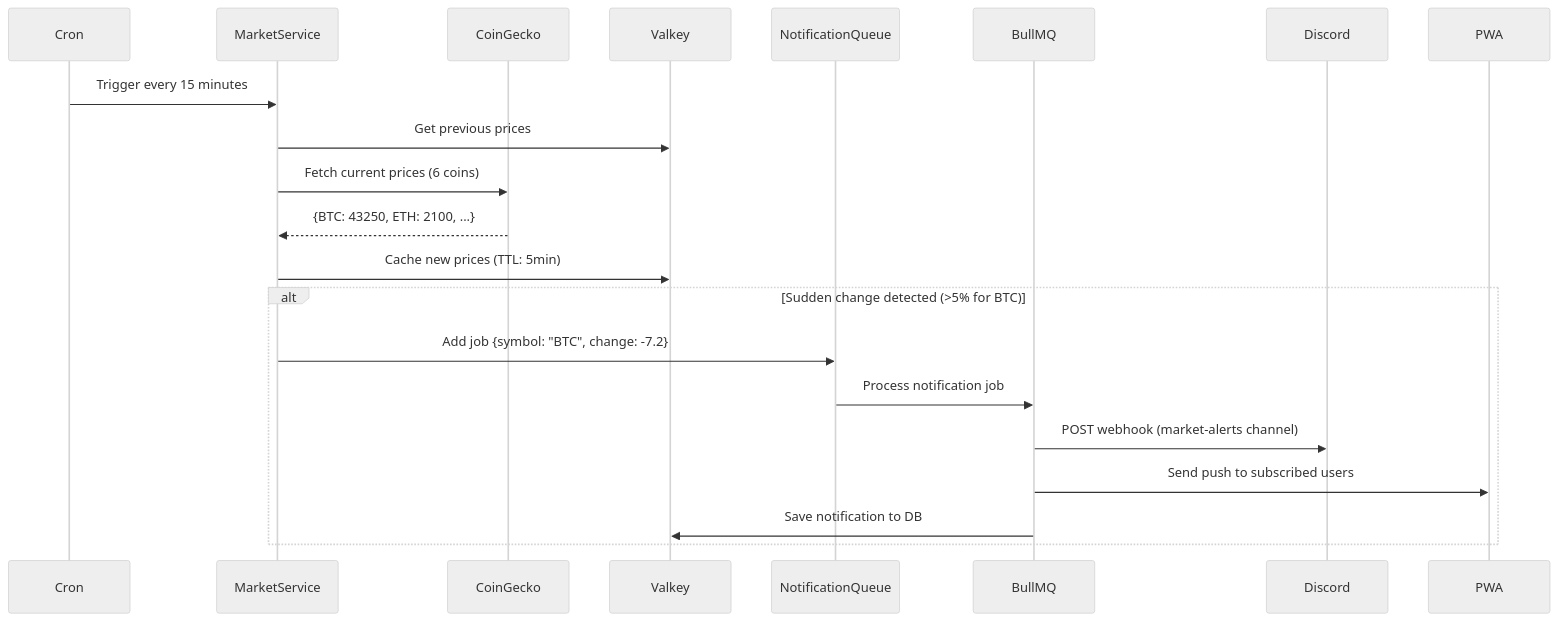
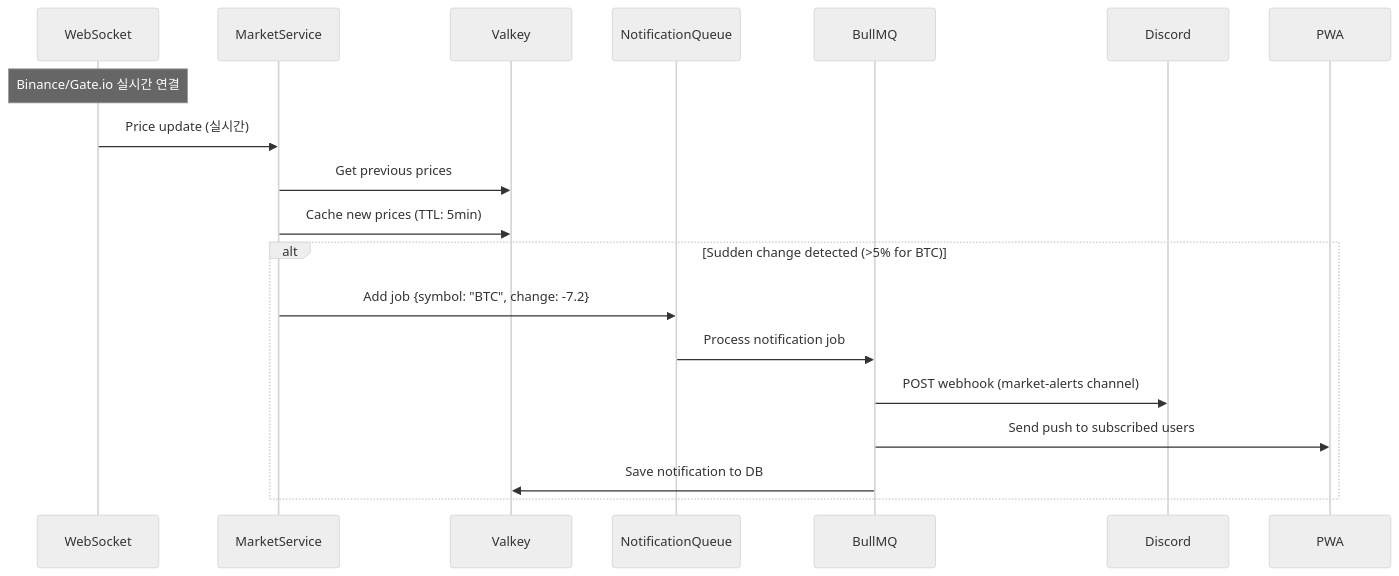
The fourth of 5 diagrams in docs/technical/backend-spec.md (SAGE-AI-Protocol/sage-docs), drawn with Mermaid (neutral theme) before and after one commit. The commit also changed other lines of this file and 7 other files, not shown here.

First line of the commit message:
Remove CoinGecko REST backup, use Binance/Gate.io WebSocket only

````diff
--- a/docs/technical/backend-spec.md
+++ b/docs/technical/backend-spec.md
@@ -190,25 +185,23 @@
 ```mermaid
 sequenceDiagram
-    participant Cron
+    participant WebSocket
     participant MarketService
-    participant CoinGecko
     participant Valkey
     participant NotificationQueue
     participant BullMQ
     participant Discord
     participant PWA
 
-    Cron->>MarketService: Trigger every 15 minutes
+    Note over WebSocket: Binance/Gate.io 실시간 연결
+    WebSocket->>MarketService: Price update (실시간)
     MarketService->>Valkey: Get previous prices
-    MarketService->>CoinGecko: Fetch current prices (6 coins)
-    CoinGecko-->>MarketService: {BTC: 43250, ETH: 2100, ...}
     MarketService->>Valkey: Cache new prices (TTL: 5min)
 
     alt Sudden change detected (>5% for BTC)
         MarketService->>NotificationQueue: Add job {symbol: "BTC", change: -7.2}
         NotificationQueue->>BullMQ: Process notification job
         BullMQ->>Discord: POST webhook (market-alerts channel)
         BullMQ->>PWA: Send push to subscribed users
         BullMQ->>Valkey: Save notification to DB
     end
 ```
````
